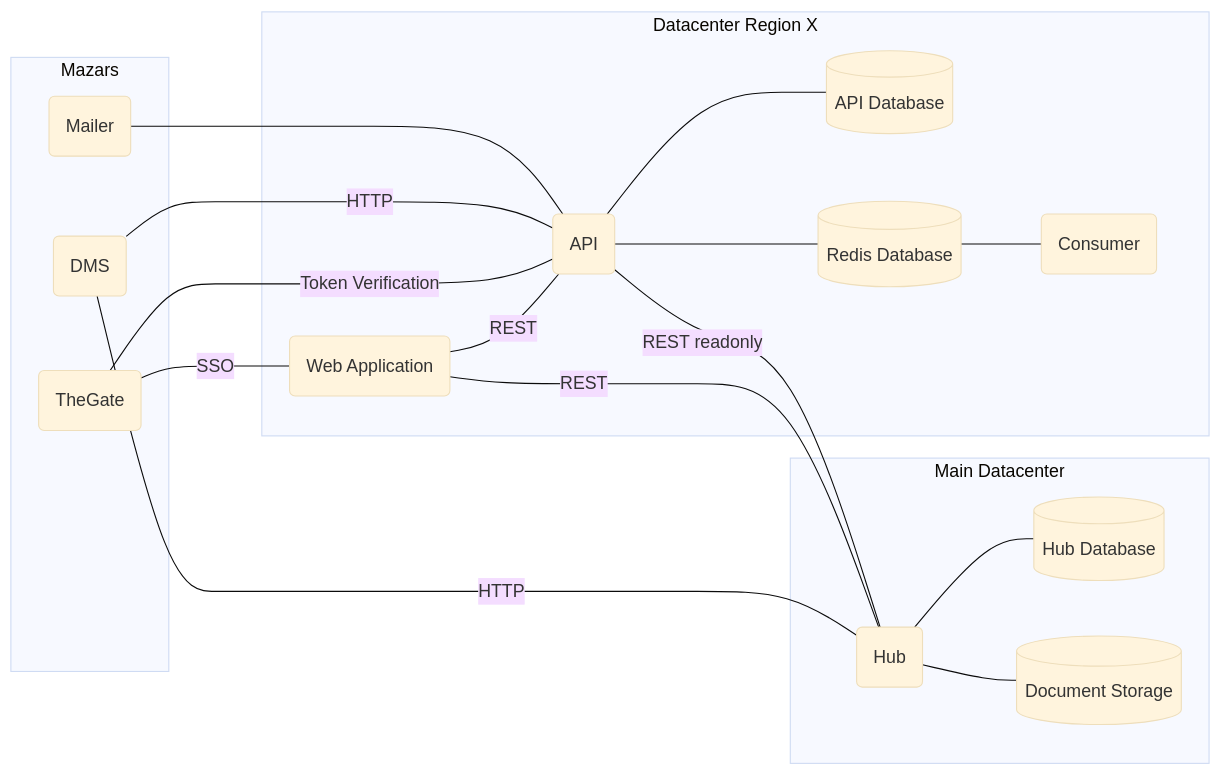
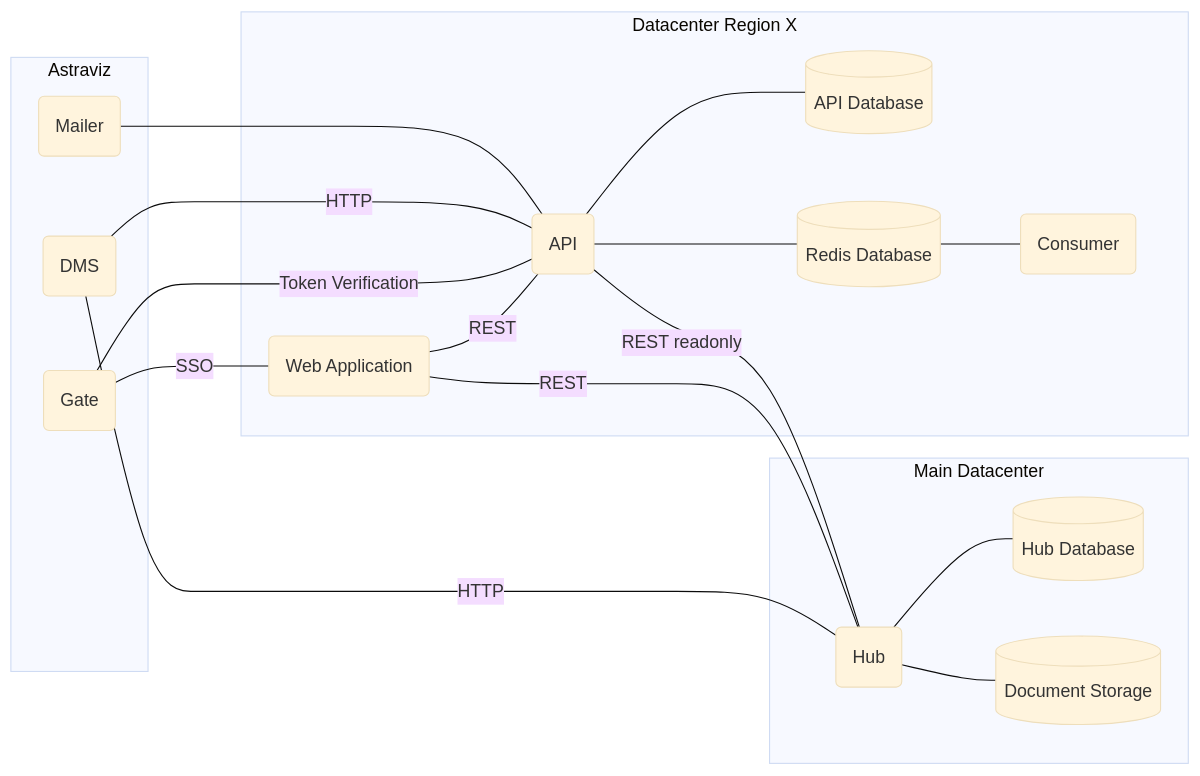
The first of 6 diagrams in docs/sphinx_quickstart/mermaid_syntax_demo.rst (malganis35/these-cao-tri-do), drawn with Mermaid (base theme) before and after one commit. The commit also changed other lines of this file and 5 other files, not shown here.

```diff
--- a/docs/sphinx_quickstart/mermaid_syntax_demo.rst
+++ b/docs/sphinx_quickstart/mermaid_syntax_demo.rst
@@ -12,20 +12,20 @@
   .. mermaid::
 
     flowchart LR
         subgraph Datacenter Region X
           webapp(Web Application)-- REST ---api(API)--- api_db[(API Database)]
           api---redis[(Redis Database)]---consumer(Consumer)
         end
         subgraph Main Datacenter
           hub(Hub)---hub_db[(Hub Database)]
           hub---hub_fs[(Document Storage)]
         end
-        subgraph Mazars
-          thegate(TheGate)-- SSO ---webapp
+        subgraph Astraviz
+          thegate(Gate)-- SSO ---webapp
           thegate-- Token Verification ---api
           dms(DMS)-- HTTP ---api
           dms-- HTTP ---hub
           mailer(Mailer)---api
         end
         webapp-- REST ---hub
         api-- REST readonly ---hub
```
